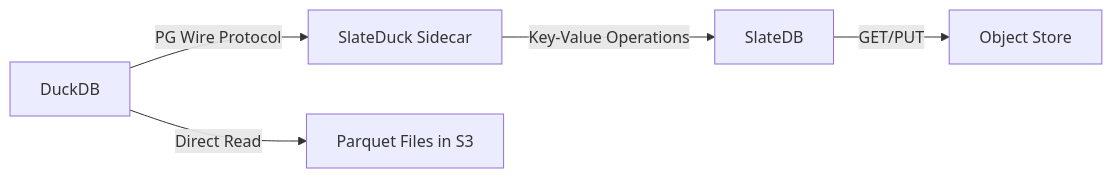
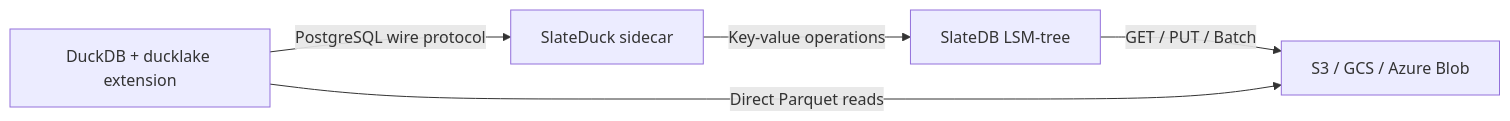
Before and after one commit to trickle-labs/rocklake: the diagram in docs/getting-started/what-is-slateduck.md, drawn with Mermaid. The commit also changed other lines of this file and 91 other files, not shown here.

````diff
--- a/docs/getting-started/what-is-slateduck.md
+++ b/docs/getting-started/what-is-slateduck.md
@@ -22,7 +17,7 @@
 ```mermaid
 graph LR
-    DDB[DuckDB] -->|PG Wire Protocol| SD[SlateDuck Sidecar]
-    SD -->|Key-Value Operations| SDB[SlateDB]
-    SDB -->|GET/PUT| S3[Object Store]
-    DDB -->|Direct Read| PQ[Parquet Files in S3]
+    DDB[DuckDB + ducklake extension] -->|PostgreSQL wire protocol| SD[SlateDuck sidecar]
+    SD -->|Key-value operations| SDB[SlateDB LSM-tree]
+    SDB -->|GET / PUT / Batch| OBJ[S3 / GCS / Azure Blob]
+    DDB -->|Direct Parquet reads| OBJ
 ```
````
